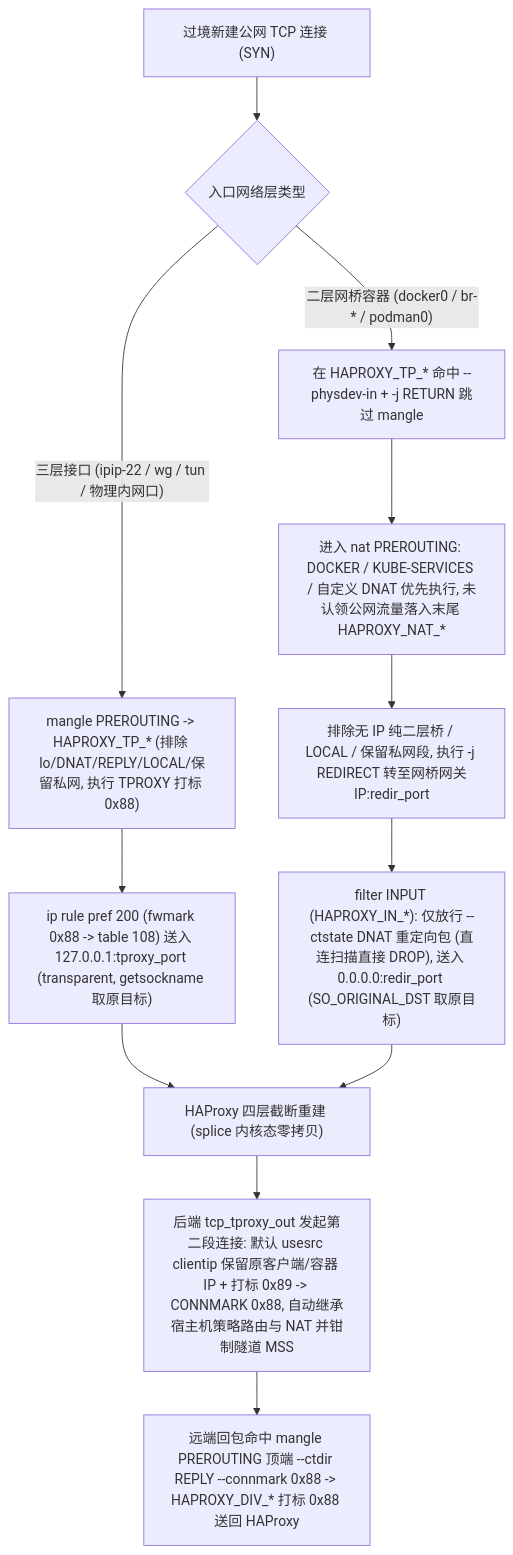
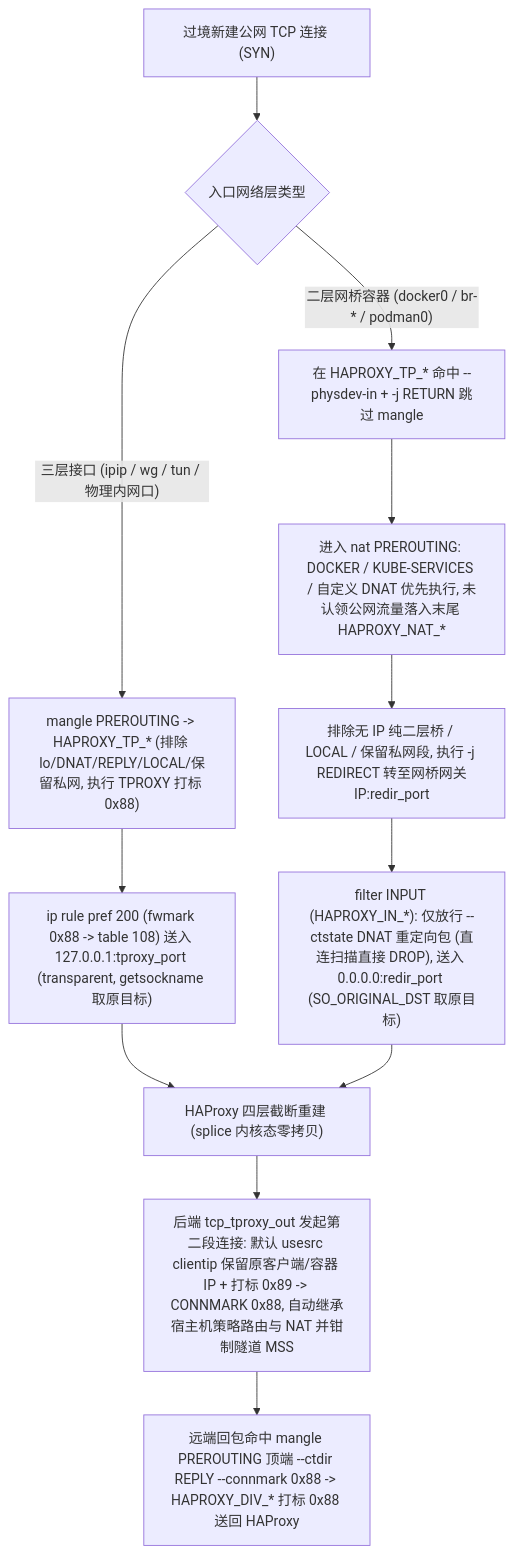
One commit to MoeClub/haproxy_docker changed the second of 2 diagrams in README.md. Above: the diagram before and after it, drawn with Mermaid. The commit also changed other lines of this file, not shown here.

````diff
--- a/README.md
+++ b/README.md
@@ -83,18 +83,18 @@
 ```mermaid
 flowchart TD
     InPkt["过境新建公网 TCP 连接 (SYN)"] --> Layer{"入口网络层类型"}
 
-    Layer -- "三层接口 (ipip-22 / wg / tun / 物理内网口)" --> MangleTP["mangle PREROUTING -> HAPROXY_TP_* (排除 lo/DNAT/REPLY/LOCAL/保留私网, 执行 TPROXY 打标 0x88)"]
+    Layer -- "三层接口 (ipip / wg / tun / 物理内网口)" --> MangleTP["mangle PREROUTING -> HAPROXY_TP_* (排除 lo/DNAT/REPLY/LOCAL/保留私网, 执行 TPROXY 打标 0x88)"]
     MangleTP --> PolicyRt["ip rule pref 200 (fwmark 0x88 -> table 108) 送入 127.0.0.1:tproxy_port (transparent, getsockname 取原目标)"]
 
     Layer -- "二层网桥容器 (docker0 / br-* / podman0)" --> BypassMangle["在 HAPROXY_TP_* 命中 --physdev-in + -j RETURN 跳过 mangle"]
     BypassMangle --> NatPre["进入 nat PREROUTING: DOCKER / KUBE-SERVICES / 自定义 DNAT 优先执行, 未认领公网流量落入末尾 HAPROXY_NAT_*"]
     NatPre --> DoRedir["排除无 IP 纯二层桥 / LOCAL / 保留私网段, 执行 -j REDIRECT 转至网桥网关IP:redir_port"]
     DoRedir --> InputFilter["filter INPUT (HAPROXY_IN_*): 仅放行 --ctstate DNAT 重定向包 (直连扫描直接 DROP), 送入 0.0.0.0:redir_port (SO_ORIGINAL_DST 取原目标)"]
 
     PolicyRt --> SplitTCP["HAProxy 四层截断重建 (splice 内核态零拷贝)"]
     InputFilter --> SplitTCP
 
     SplitTCP --> BackendOut["后端 tcp_tproxy_out 发起第二段连接: 默认 usesrc clientip 保留原客户端/容器 IP + 打标 0x89 -> CONNMARK 0x88, 自动继承宿主机策略路由与 NAT 并钳制隧道 MSS"]
     BackendOut --> ReplyDiv["远端回包命中 mangle PREROUTING 顶端 --ctdir REPLY --connmark 0x88 -> HAPROXY_DIV_* 打标 0x88 送回 HAProxy"]
 ```
````
